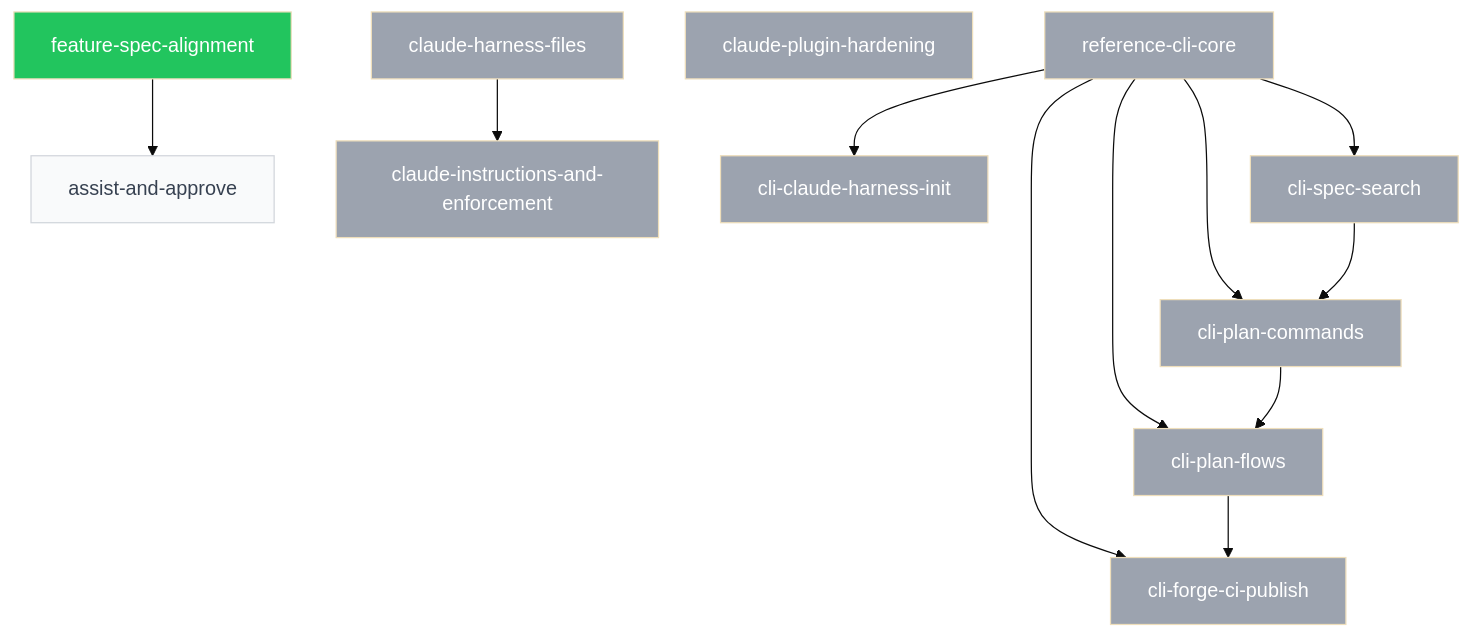
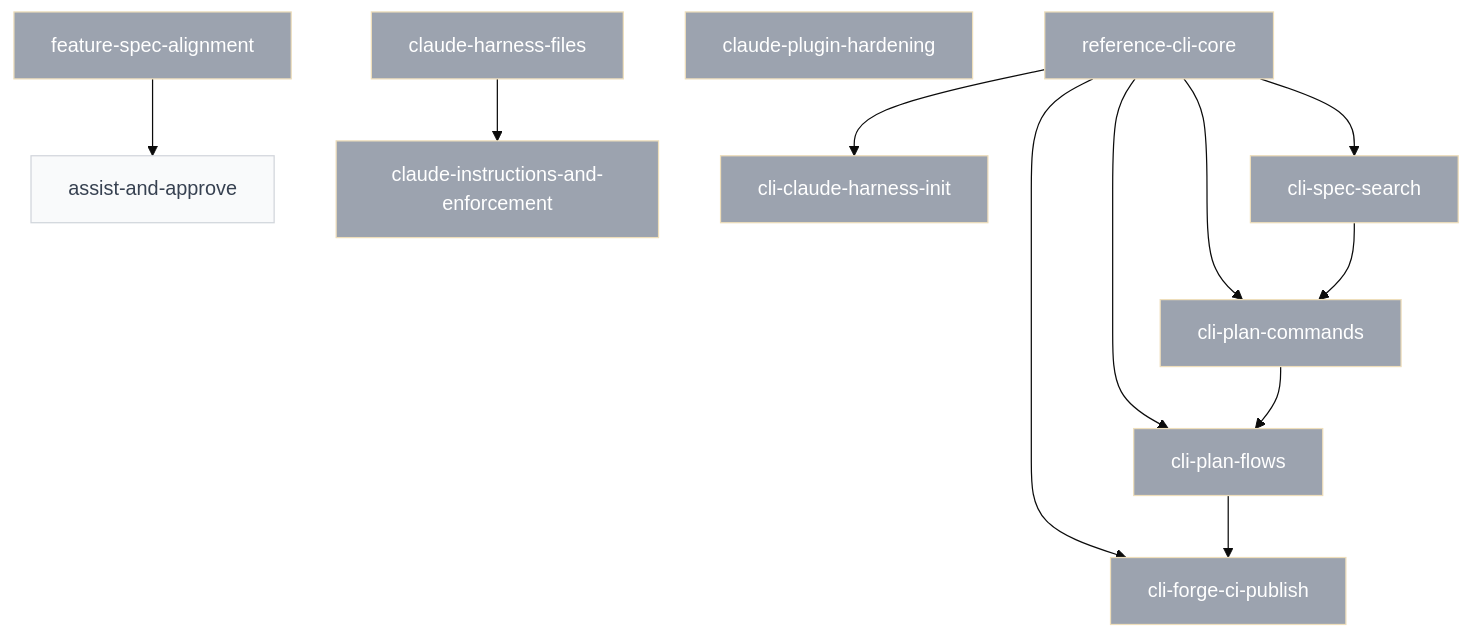
One commit to SpiralSky/specplane changed the diagram in plans/PLANS.md. Above: the diagram before and after it, drawn with Mermaid (base theme). The commit also changed other lines of this file, not shown here.

````diff
--- a/plans/PLANS.md
+++ b/plans/PLANS.md
@@ -28,31 +28,31 @@
 ```mermaid
 graph TD
     p_2026_10_28_reference_cli_core[reference-cli-core]:::done
     p_2026_10_29_assist_and_approve[assist-and-approve]:::draft
     p_2026_10_29_claude_harness_files[claude-harness-files]:::done
     p_2026_10_29_claude_instructions_and_enforcement[claude-instructions-and-enforcement]:::done
     p_2026_10_29_claude_plugin_hardening[claude-plugin-hardening]:::done
     p_2026_10_29_cli_claude_harness_init[cli-claude-harness-init]:::done
     p_2026_10_29_cli_forge_ci_publish[cli-forge-ci-publish]:::done
     p_2026_10_29_cli_plan_commands[cli-plan-commands]:::done
     p_2026_10_29_cli_plan_flows[cli-plan-flows]:::done
     p_2026_10_29_cli_spec_search[cli-spec-search]:::done
-    p_2026_10_29_feature_spec_alignment[feature-spec-alignment]:::ready
+    p_2026_10_29_feature_spec_alignment[feature-spec-alignment]:::done
     p_2026_10_29_feature_spec_alignment --> p_2026_10_29_assist_and_approve
     p_2026_10_29_claude_harness_files --> p_2026_10_29_claude_instructions_and_enforcement
     p_2026_10_28_reference_cli_core --> p_2026_10_29_cli_claude_harness_init
     p_2026_10_28_reference_cli_core --> p_2026_10_29_cli_forge_ci_publish
     p_2026_10_29_cli_plan_flows --> p_2026_10_29_cli_forge_ci_publish
     p_2026_10_28_reference_cli_core --> p_2026_10_29_cli_plan_commands
     p_2026_10_29_cli_spec_search --> p_2026_10_29_cli_plan_commands
     p_2026_10_28_reference_cli_core --> p_2026_10_29_cli_plan_flows
     p_2026_10_29_cli_plan_commands --> p_2026_10_29_cli_plan_flows
     p_2026_10_28_reference_cli_core --> p_2026_10_29_cli_spec_search
     classDef draft fill:#f9fafb,color:#374151,stroke:#d1d5db
     classDef ready fill:#22c55e,color:#fff
     classDef blocked fill:#ef4444,color:#fff
     classDef in_progress fill:#3b82f6,color:#fff
     classDef review fill:#60a5fa,color:#fff
     classDef done fill:#9ca3af,color:#fff
     classDef abandoned fill:#9ca3af,color:#fff,text-decoration:line-through
 ```
````
